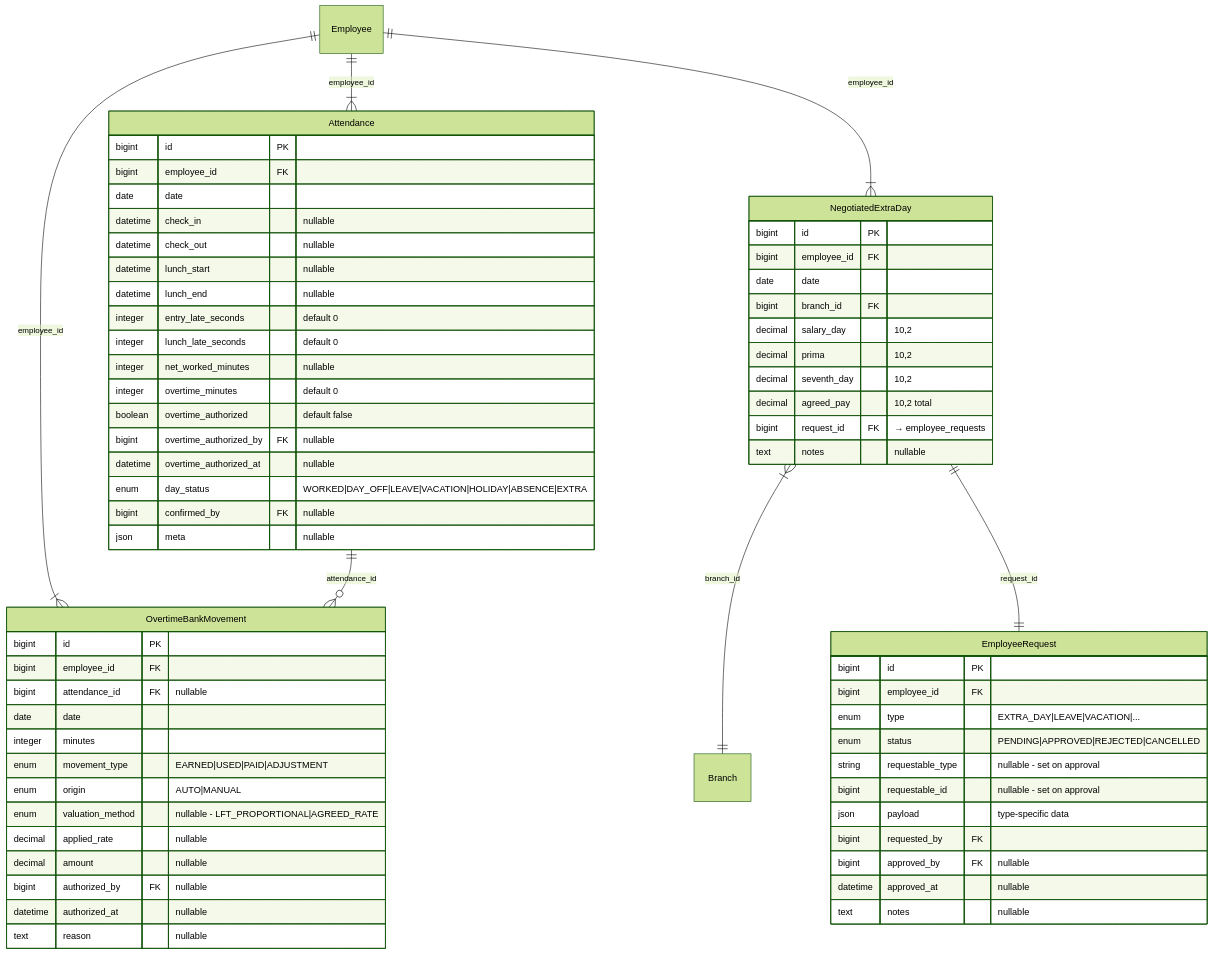
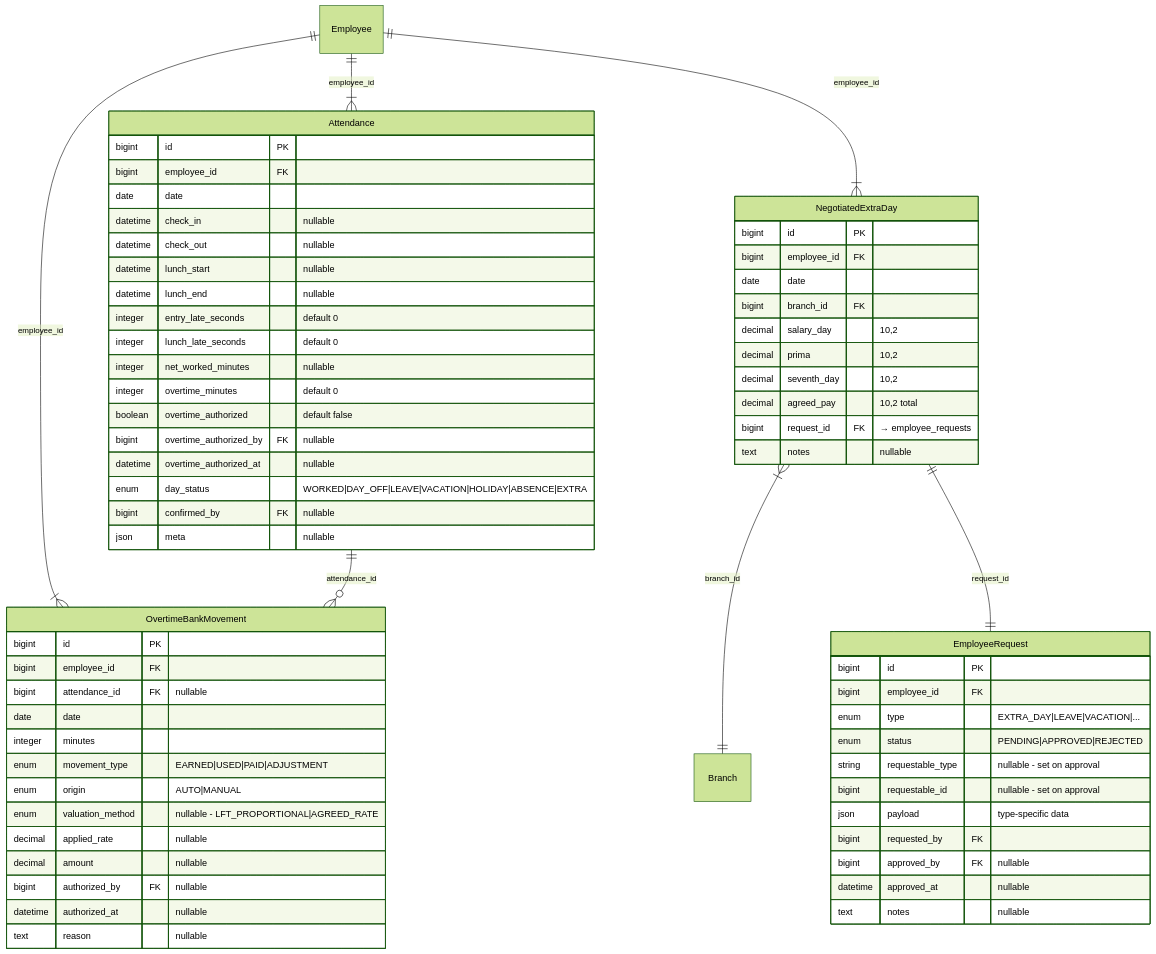
The second of 20 diagrams in doc/modules/attendance-payroll/attendance-payroll-domain-model.en.md (pakodiazdev/sushigo), drawn with Mermaid (forest theme) before and after one commit. The commit also changed other lines of this file and 3 other files, not shown here.

````diff
--- a/doc/modules/attendance-payroll/attendance-payroll-domain-model.en.md
+++ b/doc/modules/attendance-payroll/attendance-payroll-domain-model.en.md
@@ -136,74 +136,74 @@
 ```mermaid
 erDiagram
     Employee ||--|{ Attendance : "employee_id"
     Employee ||--|{ NegotiatedExtraDay : "employee_id"
     Employee ||--|{ OvertimeBankMovement : "employee_id"
 
     Attendance ||--o{ OvertimeBankMovement : "attendance_id"
 
     NegotiatedExtraDay }|--|| Branch : "branch_id"
     NegotiatedExtraDay ||--|| EmployeeRequest : "request_id"
 
     Attendance {
         bigint id PK
         bigint employee_id FK
         date date
         datetime check_in "nullable"
         datetime check_out "nullable"
         datetime lunch_start "nullable"
         datetime lunch_end "nullable"
         integer entry_late_seconds "default 0"
         integer lunch_late_seconds "default 0"
         integer net_worked_minutes "nullable"
         integer overtime_minutes "default 0"
         boolean overtime_authorized "default false"
         bigint overtime_authorized_by FK "nullable"
         datetime overtime_authorized_at "nullable"
         enum day_status "WORKED|DAY_OFF|LEAVE|VACATION|HOLIDAY|ABSENCE|EXTRA"
         bigint confirmed_by FK "nullable"
         json meta "nullable"
     }
 
     NegotiatedExtraDay {
         bigint id PK
         bigint employee_id FK
         date date
         bigint branch_id FK
         decimal salary_day "10,2"
         decimal prima "10,2"
         decimal seventh_day "10,2"
         decimal agreed_pay "10,2 total"
         bigint request_id FK "→ employee_requests"
         text notes "nullable"
     }
 
     EmployeeRequest {
         bigint id PK
         bigint employee_id FK
         enum type "EXTRA_DAY|LEAVE|VACATION|..."
-        enum status "PENDING|APPROVED|REJECTED|CANCELLED"
+        enum status "PENDING|APPROVED|REJECTED"
         string requestable_type "nullable - set on approval"
         bigint requestable_id "nullable - set on approval"
         json payload "type-specific data"
         bigint requested_by FK
         bigint approved_by FK "nullable"
         datetime approved_at "nullable"
         text notes "nullable"
     }
 
     OvertimeBankMovement {
         bigint id PK
         bigint employee_id FK
         bigint attendance_id FK "nullable"
         date date
         integer minutes
         enum movement_type "EARNED|USED|PAID|ADJUSTMENT"
         enum origin "AUTO|MANUAL"
         enum valuation_method "nullable - LFT_PROPORTIONAL|AGREED_RATE"
         decimal applied_rate "nullable"
         decimal amount "nullable"
         bigint authorized_by FK "nullable"
         datetime authorized_at "nullable"
         text reason "nullable"
     }
 ```
````
